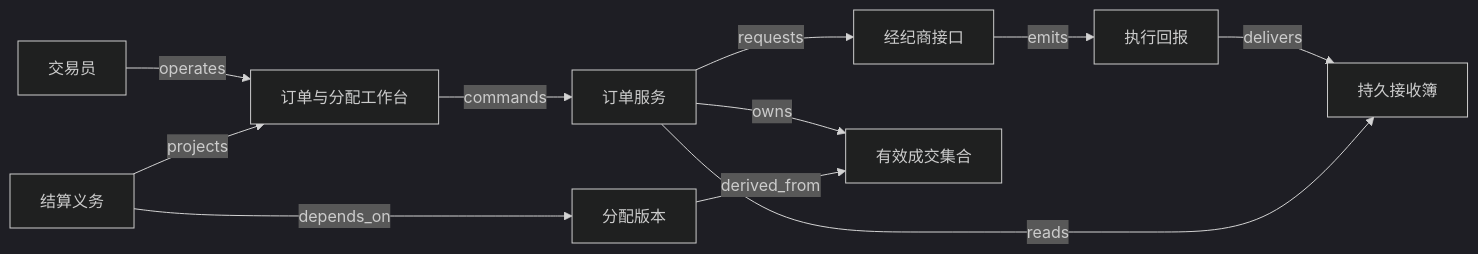
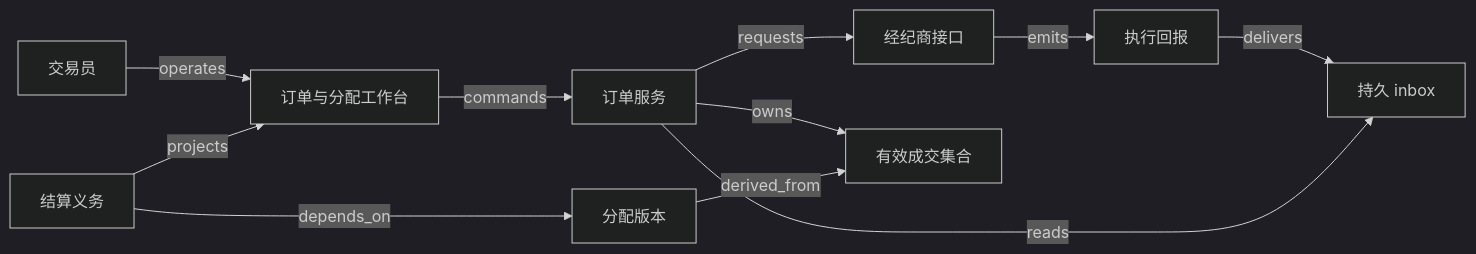
Before and after one commit to lesPrivilege/Praxis: the diagram in books/saas-engineering/packages/commercial-finance/V14.md, drawn with Mermaid (dark theme). The commit also changed other lines of this file and 132 other files, not shown here.

````diff
--- a/books/saas-engineering/packages/commercial-finance/V14.md
+++ b/books/saas-engineering/packages/commercial-finance/V14.md
@@ -50,13 +48,13 @@
 ```mermaid
 flowchart LR
   Trader[交易员] -->|operates| UI[订单与分配工作台]
   UI -->|commands| OMS[订单服务]
   OMS -->|requests| Broker[经纪商接口]
   Broker -->|emits| Report[执行回报]
-  Report -->|delivers| Inbox[持久接收簿]
+  Report -->|delivers| Inbox[持久 inbox]
   OMS -->|reads| Inbox
   OMS -->|owns| Executions[有效成交集合]
   Allocation[分配版本] -->|derived_from| Executions
   Settlement[结算义务] -->|depends_on| Allocation
   Settlement -->|projects| UI
 ```
````
